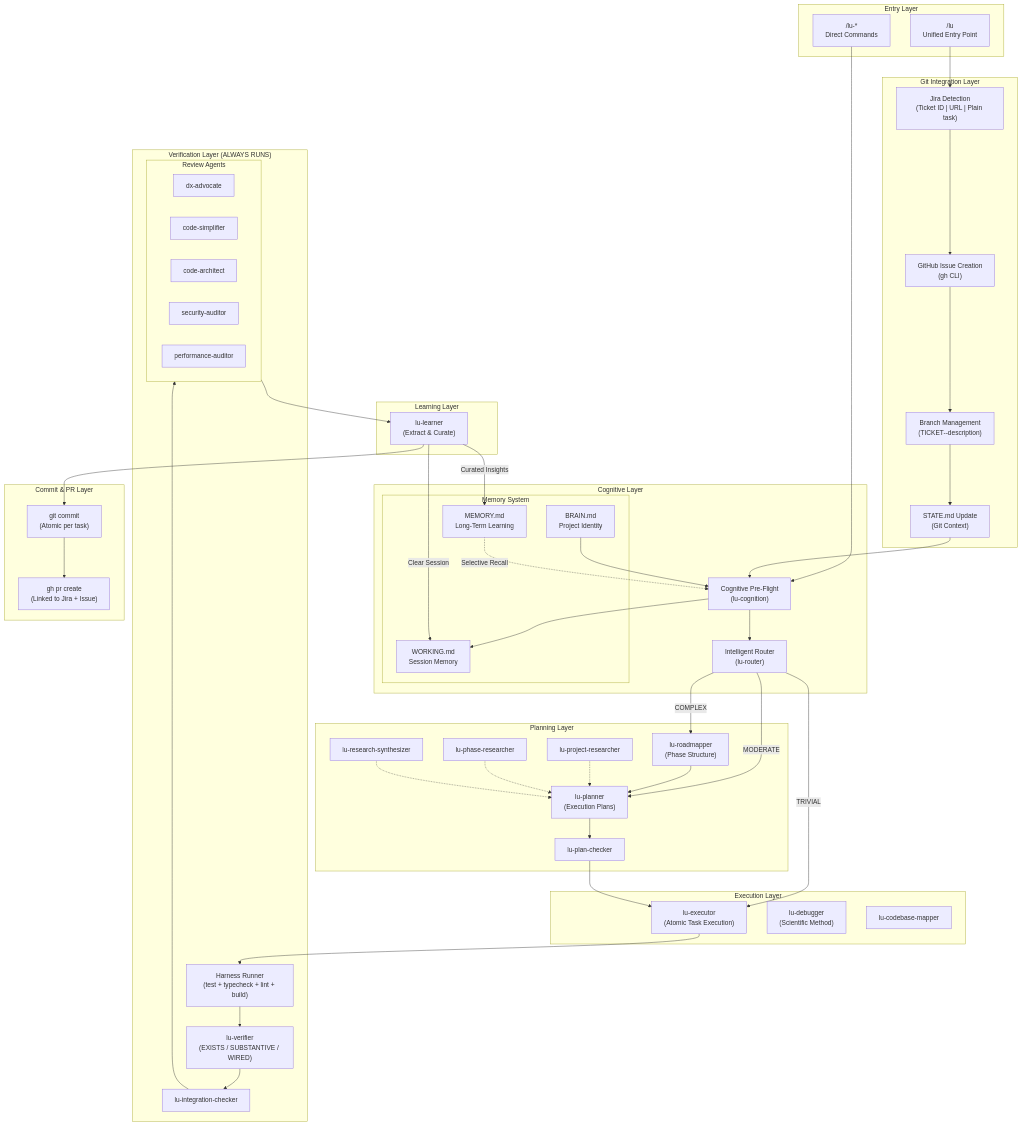
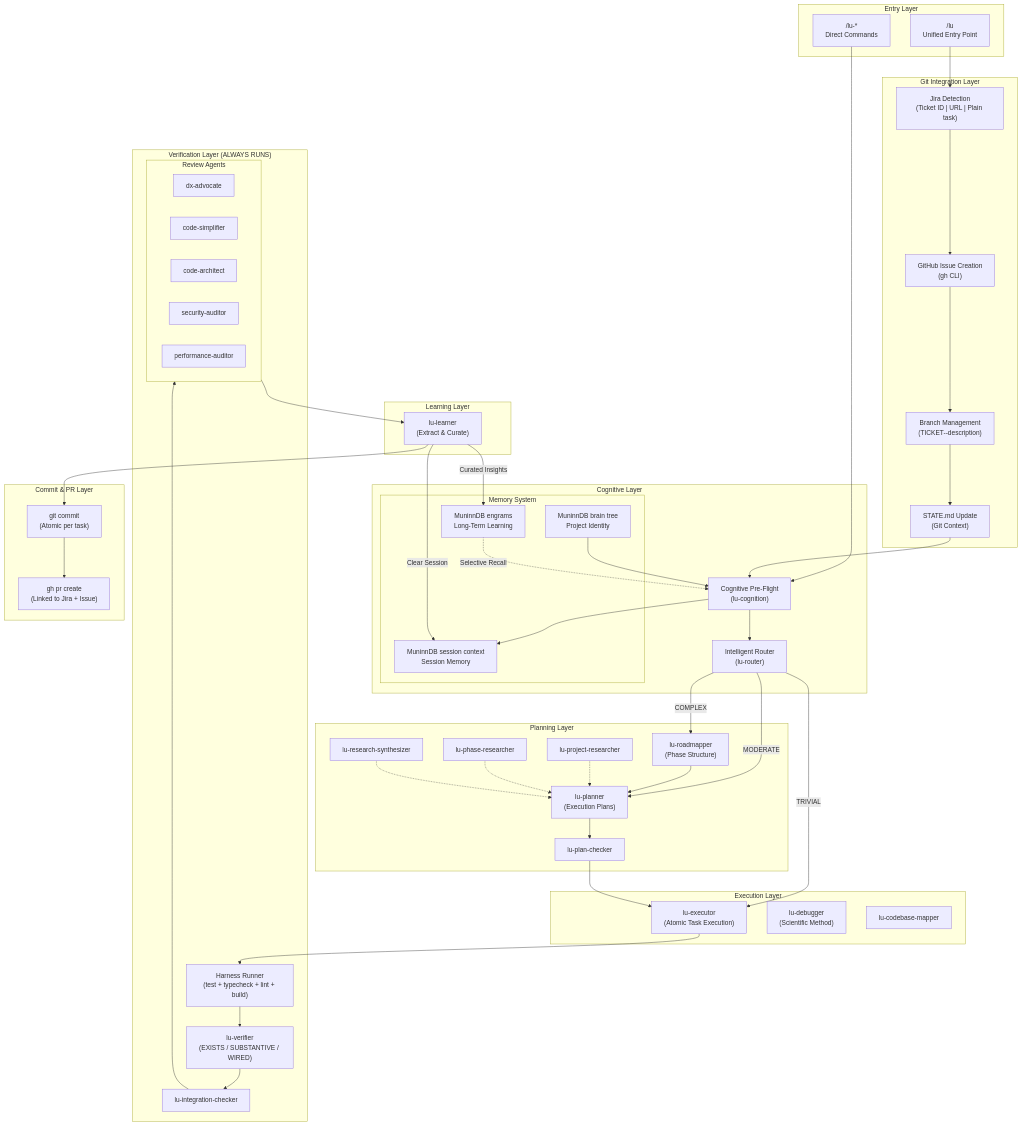
Before and after one commit to asibilia/luca-framework: the first of 12 diagrams in docs/agent-framework/luca/framework-diagram.md, drawn with Mermaid. The commit also changed other lines of this file and 820 other files, not shown here.

```diff
--- a/docs/agent-framework/luca/framework-diagram.md
+++ b/docs/agent-framework/luca/framework-diagram.md
@@ -21,9 +21,9 @@
         ROUTER["Intelligent Router<br/>(lu-router)"]
 
         subgraph Memory["Memory System"]
-            BRAIN["BRAIN.md<br/>Project Identity"]
-            LONG_MEM["MEMORY.md<br/>Long-Term Learning"]
-            WORK_MEM["WORKING.md<br/>Session Memory"]
+            BRAIN["MuninnDB brain tree<br/>Project Identity"]
+            LONG_MEM["MuninnDB engrams<br/>Long-Term Learning"]
+            WORK_MEM["MuninnDB session context<br/>Session Memory"]
         end
     end
 
```
